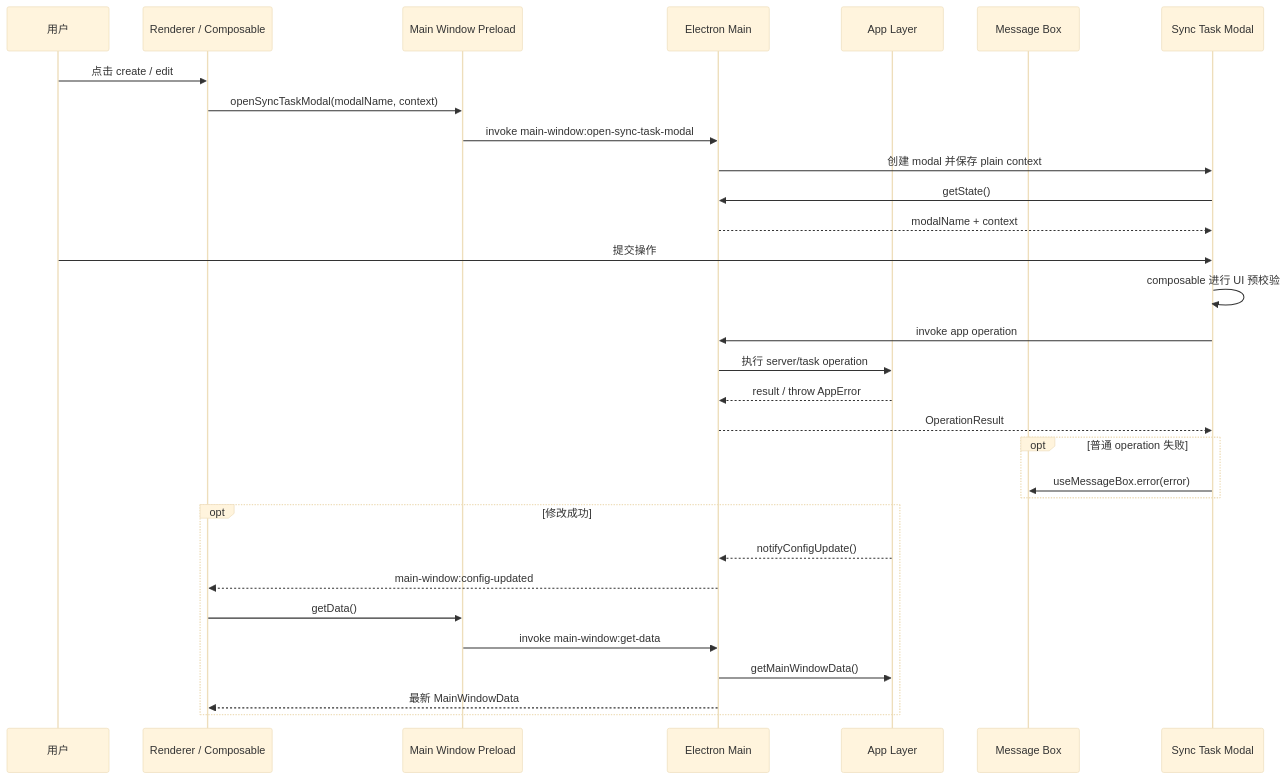
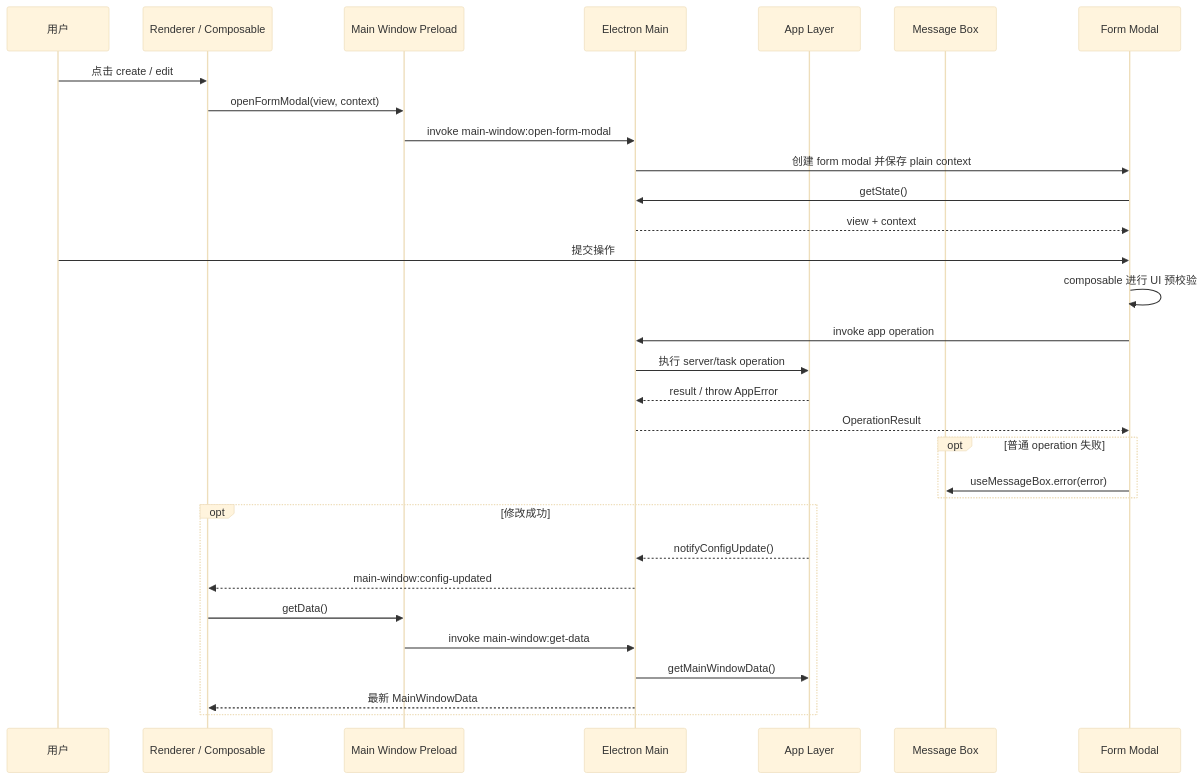
Diagram 12 of 15 in docs/Flows.md (agalloch21/sync-with-rclone), drawn with Mermaid (base theme) before and after one commit. The commit also changed other lines of this file and 52 other files, not shown here.

Commit message:
merge htmls and change syncTaskModal to formModal

````diff
--- a/docs/Flows.md
+++ b/docs/Flows.md
@@ -331,34 +331,34 @@
 ```mermaid
 sequenceDiagram
   participant U as 用户
   participant R as Renderer / Composable
   participant MP as Main Window Preload
   participant EM as Electron Main
   participant APP as App Layer
   participant MB as Message Box
-  participant M as Sync Task Modal
+  participant M as Form Modal
 
   U->>R: 点击 create / edit
-  R->>MP: openSyncTaskModal(modalName, context)
-  MP->>EM: invoke main-window:open-sync-task-modal
-  EM->>M: 创建 modal 并保存 plain context
+  R->>MP: openFormModal(view, context)
+  MP->>EM: invoke main-window:open-form-modal
+  EM->>M: 创建 form modal 并保存 plain context
   M->>EM: getState()
-  EM-->>M: modalName + context
+  EM-->>M: view + context
   U->>M: 提交操作
   M->>M: composable 进行 UI 预校验
   M->>EM: invoke app operation
   EM->>APP: 执行 server/task operation
   APP-->>EM: result / throw AppError
   EM-->>M: OperationResult
   opt 普通 operation 失败
     M->>MB: useMessageBox.error(error)
   end
   opt 修改成功
     APP-->>EM: notifyConfigUpdate()
     EM-->>R: main-window:config-updated
     R->>MP: getData()
     MP->>EM: invoke main-window:get-data
     EM->>APP: getMainWindowData()
     EM-->>R: 最新 MainWindowData
   end
 ```
````
